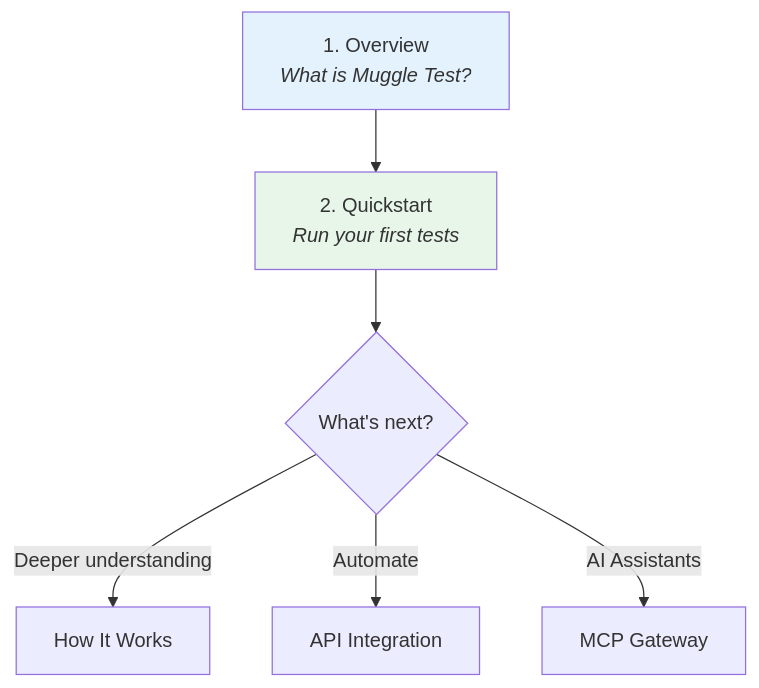
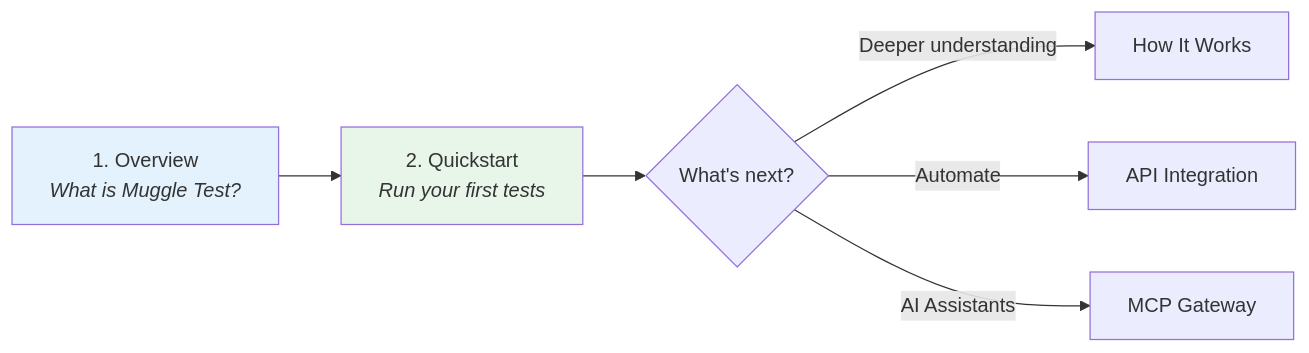
The diagram in getting-started/welcome.md (multiplex-ai/muggle-ai-docs), drawn with Mermaid before and after one commit. The commit also changed 3 other files, not shown here.

Commit message:
docs: update flowchart directions and formatting across multiple documentation files for improved clarity and consistency

````diff
--- a/getting-started/welcome.md
+++ b/getting-started/welcome.md
@@ -20,11 +20,11 @@
 ```mermaid
-flowchart TD
+flowchart LR
     A["1. Overview<br/><i>What is Muggle Test?</i>"] --> B["2. Quickstart<br/><i>Run your first tests</i>"]
     B --> C{"What's next?"}
-    C -->|Deeper understanding| D["How It Works"]
-    C -->|Automate| E["API Integration"]
-    C -->|AI Assistants| F["MCP Gateway"]
+    C -->|"Deeper understanding"| D["How It Works"]
+    C -->|"Automate"| E["API Integration"]
+    C -->|"AI Assistants"| F["MCP Gateway"]
 
     style A fill:#e3f2fd
     style B fill:#e8f5e9
 ```
````
